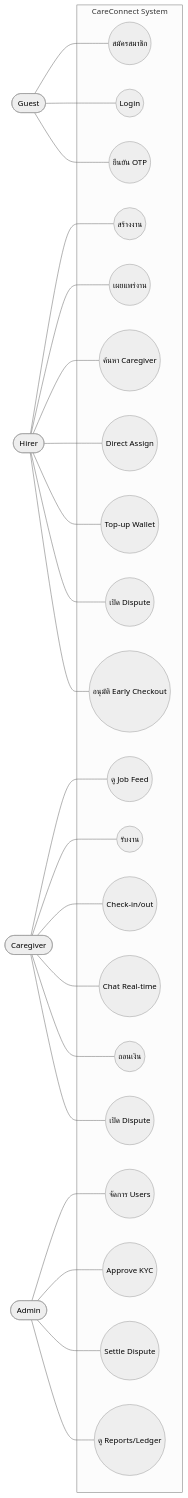
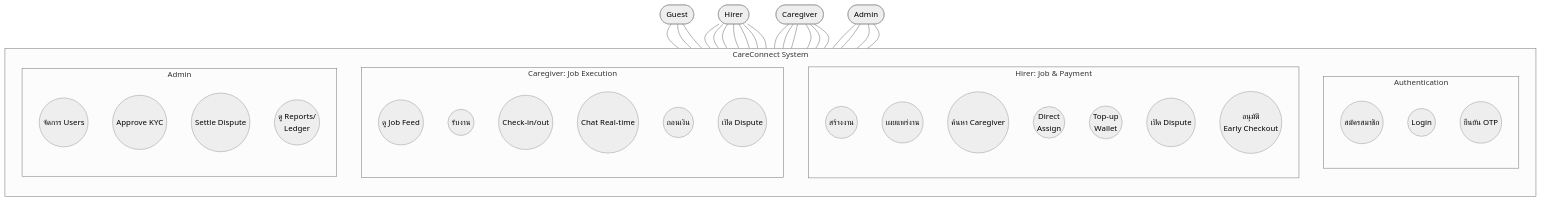
One commit to SakdaRt/Careconnect changed the first of 7 diagrams in THESIS_CONTENT_CH3_PART3.md. Above: the diagram before and after it, drawn with Mermaid (neutral theme). The commit also changed 2 other files, not shown here.

Commit message:
docs(thesis): ปรับ Mermaid diagrams ให้พอดี A4 (เปลี่ยนเป็นแนวตั้งและจัดบรรทัด)

````diff
--- a/THESIS_CONTENT_CH3_PART3.md
+++ b/THESIS_CONTENT_CH3_PART3.md
@@ -13,60 +13,74 @@
 ```mermaid
-flowchart LR
+flowchart TD
   %% Actors
   Guest([Guest])
   Hirer([Hirer])
   Caregiver([Caregiver])
   Admin([Admin])
 
   %% System boundary
   subgraph SYS[CareConnect System]
-    UC01((สมัครสมาชิก))
-    UC02((Login))
-    UC03((ยืนยัน OTP))
+    direction TB
 
-    UC04((สร้างงาน))
-    UC05((เผยแพร่งาน))
-    UC06((ค้นหา Caregiver))
-    UC07((Direct Assign))
-    UC08((Top-up Wallet))
-    UC09((เปิด Dispute))
-    UC10((อนุมัติ Early Checkout))
+    subgraph AUTH["Authentication"]
+      direction TB
+      UC01((สมัครสมาชิก))
+      UC02((Login))
+      UC03((ยืนยัน OTP))
+    end
 
-    UC11((ดู Job Feed))
-    UC12((รับงาน))
-    UC13((Check-in/out))
-    UC14((Chat Real-time))
-    UC15((ถอนเงิน))
-    UC16((เปิด Dispute))
+    subgraph HJ["Hirer: Job & Payment"]
+      direction TB
+      UC04((สร้างงาน))
+      UC05((เผยแพร่งาน))
+      UC06((ค้นหา Caregiver))
+      UC07((Direct<br/>Assign))
+      UC08((Top-up<br/>Wallet))
+      UC09((เปิด Dispute))
+      UC10((อนุมัติ<br/>Early Checkout))
+    end
 
-    UC17((จัดการ Users))
-    UC18((Approve KYC))
-    UC19((Settle Dispute))
-    UC20((ดู Reports/Ledger))
+    subgraph CJ["Caregiver: Job Execution"]
+      direction TB
+      UC11((ดู Job Feed))
+      UC12((รับงาน))
+      UC13((Check-in/out))
+      UC14((Chat Real-time))
+      UC15((ถอนเงิน))
+      UC16((เปิด Dispute))
+    end
+
+    subgraph ADM["Admin"]
+      direction TB
+      UC17((จัดการ Users))
+      UC18((Approve KYC))
+      UC19((Settle Dispute))
+      UC20((ดู Reports/<br/>Ledger))
+    end
   end
 
   %% Associations
   Guest --- UC01
   Guest --- UC02
   Guest --- UC03
 
   Hirer --- UC04
   Hirer --- UC05
   Hirer --- UC06
   Hirer --- UC07
   Hirer --- UC08
   Hirer --- UC09
   Hirer --- UC10
 
   Caregiver --- UC11
   Caregiver --- UC12
   Caregiver --- UC13
   Caregiver --- UC14
   Caregiver --- UC15
   Caregiver --- UC16
 
   Admin --- UC17
   Admin --- UC18
   Admin --- UC19
   Admin --- UC20
 ```
````
